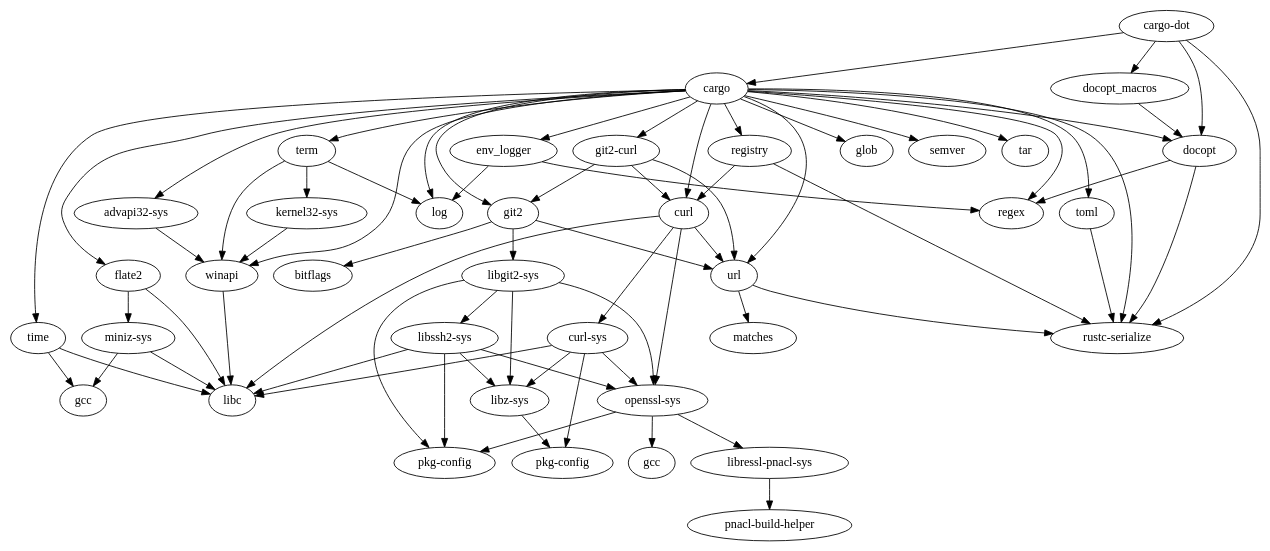
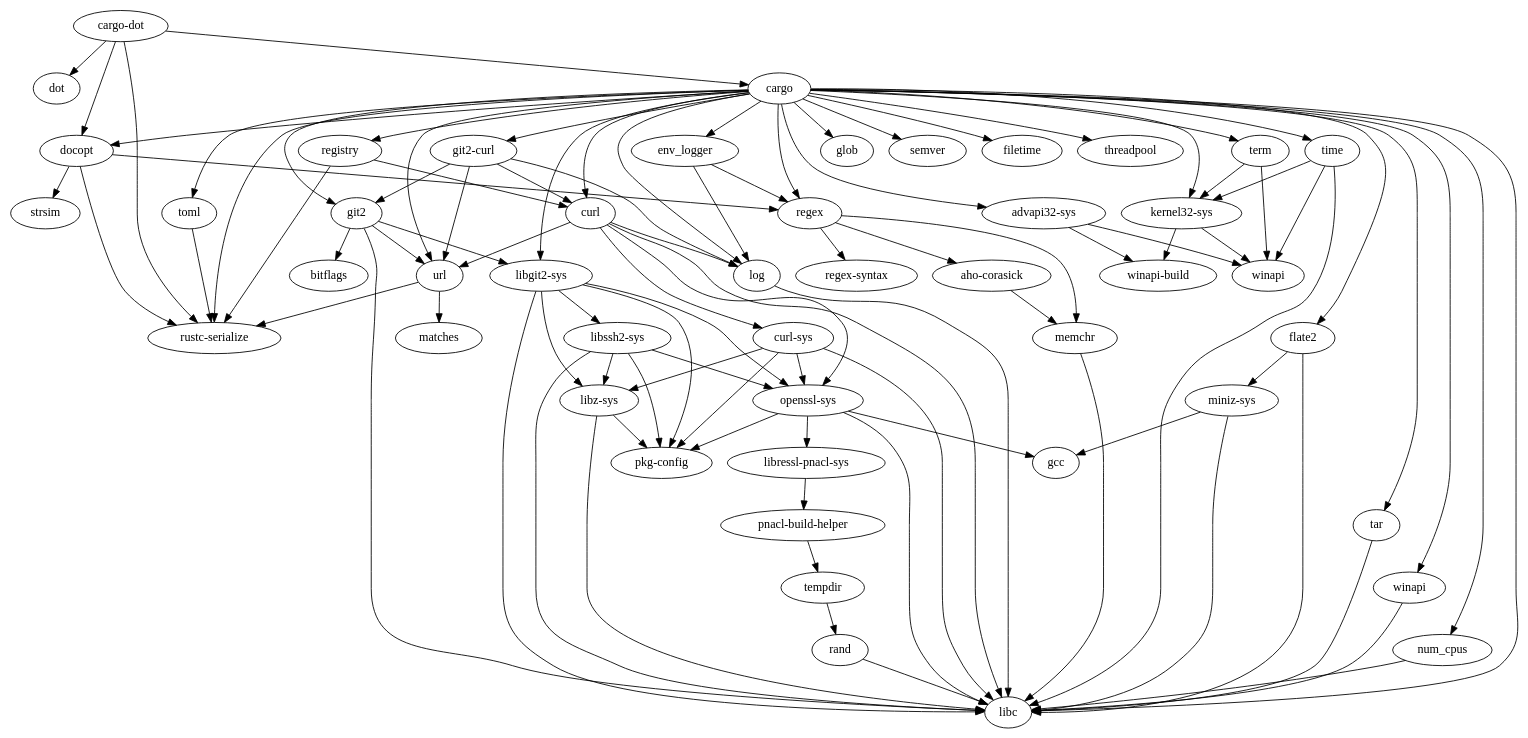
Before and after one commit to kbknapp/cargo-graph: the diagram in etc/cargo-dot.dot, drawn with Graphviz. The commit also changed 1 other file, not shown here.

```diff
--- a/etc/cargo-dot.dot
+++ b/etc/cargo-dot.dot
@@ -1,112 +1,146 @@
 digraph dependencies {
     N0[label="cargo-dot"];
-    N1[label="openssl-sys"];
-    N2[label="libressl-pnacl-sys"];
-    N3[label="pkg-config"];
+    N1[label="aho-corasick"];
+    N2[label="memchr"];
+    N3[label="libc"];
     N4[label="gcc"];
-    N5[label="matches"];
-    N6[label="toml"];
-    N7[label="rustc-serialize"];
-    N8[label="libc"];
-    N9[label="git2"];
-    N10[label="url"];
-    N11[label="libgit2-sys"];
-    N12[label="bitflags"];
-    N13[label="libssh2-sys"];
-    N14[label="libz-sys"];
-    N15[label="time"];
-    N16[label="gcc"];
-    N17[label="term"];
-    N18[label="winapi"];
-    N19[label="log"];
-    N20[label="kernel32-sys"];
-    N21[label="regex"];
-    N22[label="miniz-sys"];
-    N23[label="pkg-config"];
-    N24[label="pnacl-build-helper"];
-    N25[label="advapi32-sys"];
-    N26[label="curl-sys"];
-    N27[label="cargo"];
-    N28[label="git2-curl"];
-    N29[label="flate2"];
-    N30[label="curl"];
-    N31[label="glob"];
-    N32[label="semver"];
-    N33[label="tar"];
-    N34[label="registry"];
-    N35[label="docopt"];
-    N36[label="env_logger"];
-    N37[label="docopt_macros"];
+    N5[label="glob"];
+    N6[label="pkg-config"];
+    N7[label="semver"];
+    N8[label="flate2"];
+    N9[label="miniz-sys"];
+    N10[label="dot"];
+    N11[label="toml"];
+    N12[label="rustc-serialize"];
+    N13[label="libressl-pnacl-sys"];
+    N14[label="pnacl-build-helper"];
+    N15[label="tar"];
+    N16[label="winapi"];
+    N17[label="git2-curl"];
+    N18[label="url"];
+    N19[label="curl"];
+    N20[label="log"];
+    N21[label="git2"];
+    N22[label="rand"];
+    N23[label="bitflags"];
+    N24[label="regex"];
+    N25[label="regex-syntax"];
+    N26[label="matches"];
+    N27[label="strsim"];
+    N28[label="libssh2-sys"];
+    N29[label="libz-sys"];
+    N30[label="openssl-sys"];
+    N31[label="registry"];
+    N32[label="num_cpus"];
+    N33[label="tempdir"];
+    N34[label="curl-sys"];
+    N35[label="kernel32-sys"];
+    N36[label="winapi-build"];
+    N37[label="winapi"];
+    N38[label="libgit2-sys"];
+    N39[label="term"];
+    N40[label="filetime"];
+    N41[label="cargo"];
+    N42[label="advapi32-sys"];
+    N43[label="env_logger"];
+    N44[label="threadpool"];
+    N45[label="time"];
+    N46[label="docopt"];
     N1 -> N2[label=""];
-    N1 -> N3[label=""];
-    N1 -> N4[label=""];
-    N6 -> N7[label=""];
-    N9 -> N10[label=""];
-    N9 -> N11[label=""];
-    N9 -> N12[label=""];
-    N11 -> N13[label=""];
-    N11 -> N14[label=""];
-    N11 -> N1[label=""];
-    N11 -> N3[label=""];
-    N15 -> N8[label=""];
-    N15 -> N16[label=""];
+    N8 -> N3[label=""];
+    N8 -> N9[label=""];
+    N11 -> N12[label=""];
+    N13 -> N14[label=""];
+    N15 -> N3[label=""];
+    N16 -> N3[label=""];
     N17 -> N18[label=""];
     N17 -> N19[label=""];
     N17 -> N20[label=""];
-    N13 -> N1[label=""];
-    N13 -> N14[label=""];
-    N13 -> N3[label=""];
-    N13 -> N8[label=""];
-    N22 -> N16[label=""];
-    N22 -> N8[label=""];
-    N14 -> N23[label=""];
-    N20 -> N18[label=""];
-    N25 -> N18[label=""];
-    N26 -> N23[label=""];
-    N26 -> N1[label=""];
-    N26 -> N8[label=""];
-    N26 -> N14[label=""];
-    N27 -> N18[label=""];
-    N27 -> N19[label=""];
-    N27 -> N28[label=""];
-    N27 -> N29[label=""];
-    N27 -> N6[label=""];
-    N27 -> N30[label=""];
-    N27 -> N31[label=""];
-    N27 -> N32[label=""];
-    N27 -> N33[label=""];
-    N27 -> N34[label=""];
-    N27 -> N35[label=""];
-    N27 -> N25[label=""];
-    N27 -> N10[label=""];
-    N27 -> N36[label=""];
-    N27 -> N21[label=""];
-    N27 -> N9[label=""];
-    N27 -> N17[label=""];
-    N27 -> N7[label=""];
-    N27 -> N15[label=""];
-    N2 -> N24[label=""];
-    N28 -> N10[label=""];
-    N28 -> N9[label=""];
+    N17 -> N21[label=""];
+    N22 -> N3[label=""];
+    N24 -> N1[label=""];
+    N24 -> N25[label=""];
+    N24 -> N2[label=""];
+    N20 -> N3[label=""];
+    N28 -> N29[label=""];
+    N28 -> N3[label=""];
+    N28 -> N6[label=""];
     N28 -> N30[label=""];
-    N10 -> N7[label=""];
-    N10 -> N5[label=""];
-    N37 -> N35[label=""];
-    N29 -> N22[label=""];
-    N29 -> N8[label=""];
-    N36 -> N21[label=""];
-    N36 -> N19[label=""];
-    N35 -> N7[label=""];
-    N35 -> N21[label=""];
-    N18 -> N8[label=""];
-    N0 -> N37[label=""];
-    N0 -> N7[label=""];
-    N0 -> N27[label=""];
-    N0 -> N35[label=""];
+    N31 -> N12[label=""];
+    N31 -> N19[label=""];
+    N32 -> N3[label=""];
+    N14 -> N33[label=""];
+    N34 -> N3[label=""];
+    N34 -> N6[label=""];
+    N34 -> N29[label=""];
     N34 -> N30[label=""];
-    N34 -> N7[label=""];
-    N30 -> N1[label=""];
-    N30 -> N10[label=""];
-    N30 -> N8[label=""];
-    N30 -> N26[label=""];
+    N35 -> N36[label=""];
+    N35 -> N37[label=""];
+    N38 -> N28[label=""];
+    N38 -> N3[label=""];
+    N38 -> N6[label=""];
+    N38 -> N29[label=""];
+    N38 -> N30[label=""];
+    N30 -> N6[label=""];
+    N30 -> N4[label=""];
+    N30 -> N13[label=""];
+    N30 -> N3[label=""];
+    N21 -> N38[label=""];
+    N21 -> N18[label=""];
+    N21 -> N3[label=""];
+    N21 -> N23[label=""];
+    N39 -> N37[label=""];
+    N39 -> N35[label=""];
+    N29 -> N3[label=""];
+    N29 -> N6[label=""];
+    N2 -> N3[label=""];
+    N41 -> N17[label=""];
+    N41 -> N20[label=""];
+    N41 -> N19[label=""];
+    N41 -> N12[label=""];
+    N41 -> N24[label=""];
+    N41 -> N21[label=""];
+    N41 -> N42[label=""];
+    N41 -> N43[label=""];
+    N41 -> N40[label=""];
+    N41 -> N35[label=""];
+    N41 -> N31[label=""];
+    N41 -> N5[label=""];
+    N41 -> N15[label=""];
+    N41 -> N11[label=""];
+    N41 -> N7[label=""];
+    N41 -> N39[label=""];
+    N41 -> N8[label=""];
+    N41 -> N3[label=""];
+    N41 -> N18[label=""];
+    N41 -> N16[label=""];
+    N41 -> N44[label=""];
+    N41 -> N45[label=""];
+    N41 -> N46[label=""];
+    N41 -> N38[label=""];
+    N41 -> N32[label=""];
+    N9 -> N3[label=""];
+    N9 -> N4[label=""];
+    N42 -> N37[label=""];
+    N42 -> N36[label=""];
+    N33 -> N22[label=""];
+    N46 -> N24[label=""];
+    N46 -> N27[label=""];
+    N46 -> N12[label=""];
+    N45 -> N35[label=""];
+    N45 -> N3[label=""];
+    N45 -> N37[label=""];
+    N43 -> N24[label=""];
+    N43 -> N20[label=""];
+    N19 -> N20[label=""];
+    N19 -> N34[label=""];
+    N19 -> N30[label=""];
+    N19 -> N3[label=""];
+    N19 -> N18[label=""];
+    N0 -> N41[label=""];
+    N0 -> N46[label=""];
+    N0 -> N12[label=""];
+    N0 -> N10[label=""];
+    N18 -> N26[label=""];
+    N18 -> N12[label=""];
 }
```
